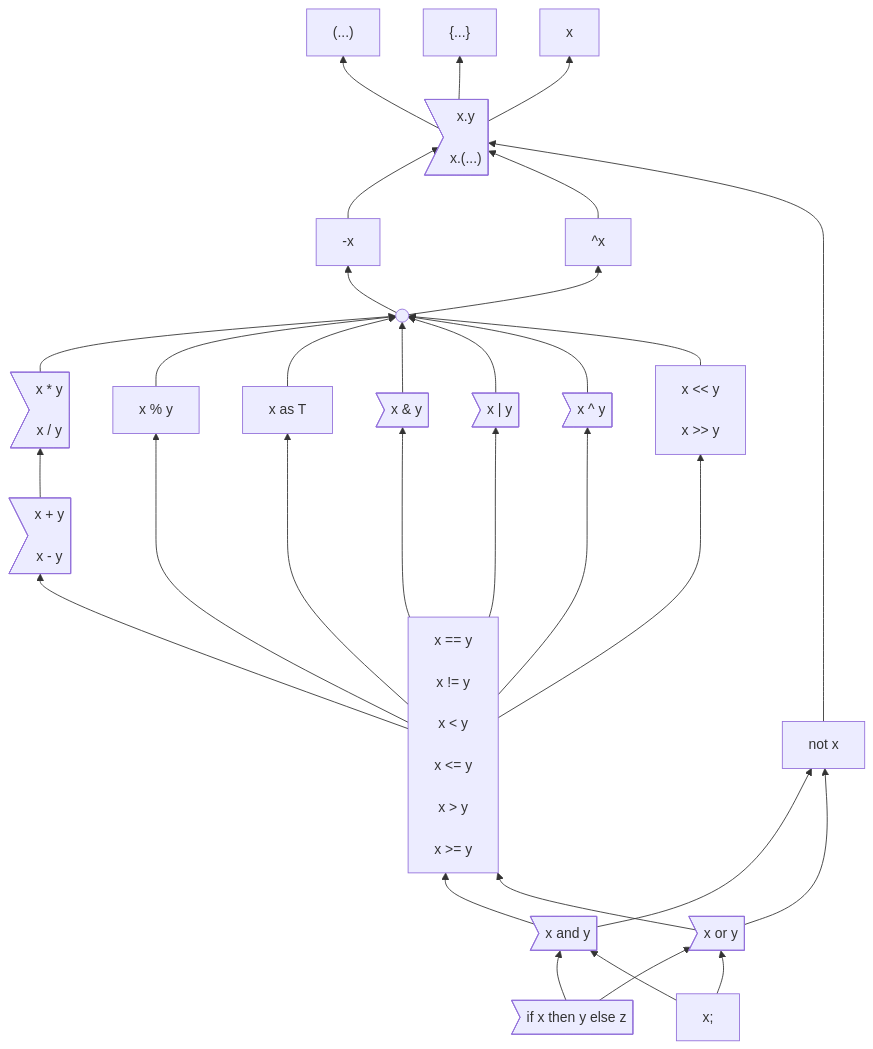
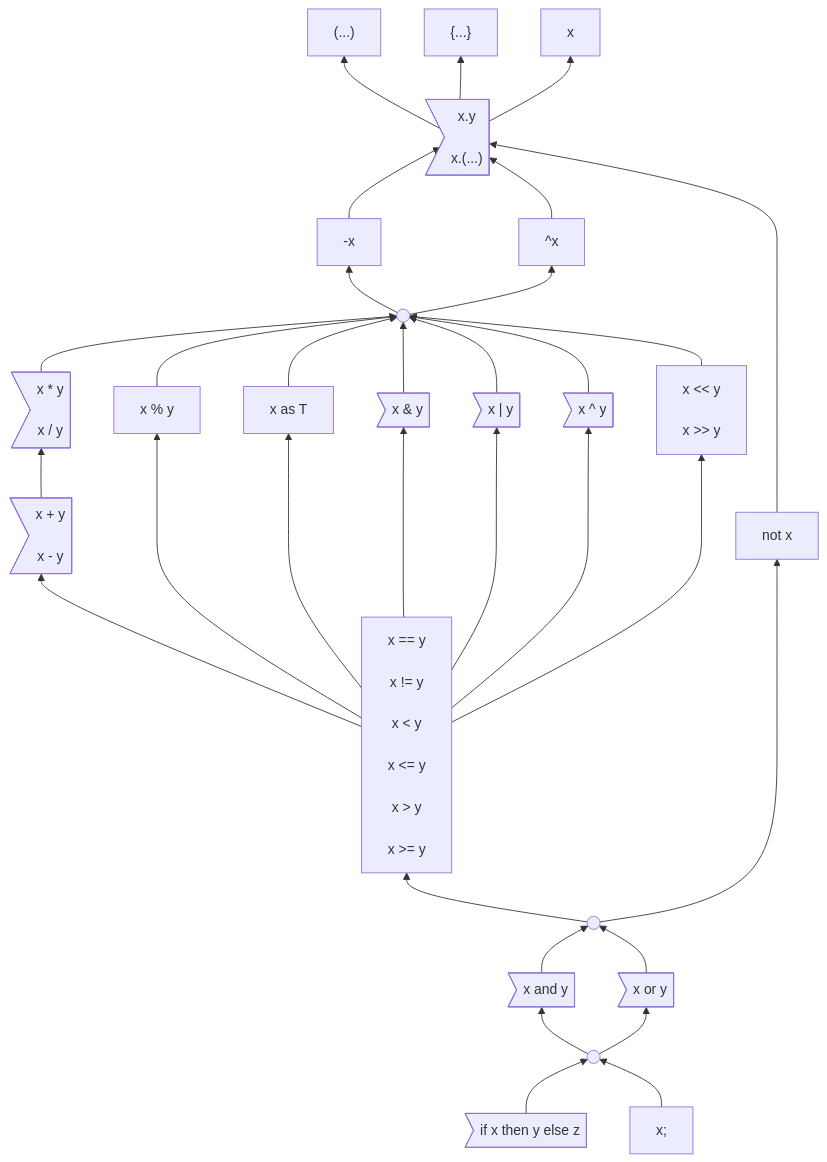
One commit to carbon-language/carbon-lang changed the first of 2 diagrams in docs/design/expressions/README.md. Above: the diagram before and after it, drawn with Mermaid. The commit also changed other lines of this file, not shown here.

Commit message:
Define what empty circles mean in a precedence graph and use more of them.

````diff
--- a/docs/design/expressions/README.md
+++ b/docs/design/expressions/README.md
@@ -108,11 +108,15 @@
     not["not x"]
     click not "https://github.com/carbon-language/carbon-lang/blob/trunk/docs/design/expressions/logical_operators.md"
 
+    logicalOperand((" "))
+
     and>"x and y"]
     click and "https://github.com/carbon-language/carbon-lang/blob/trunk/docs/design/expressions/logical_operators.md"
 
     or>"x or y"]
     click or "https://github.com/carbon-language/carbon-lang/blob/trunk/docs/design/expressions/logical_operators.md"
+
+    logicalExpression((" "))
 
     if>"if x then y else z"]
     click if "https://github.com/carbon-language/carbon-lang/blob/trunk/docs/design/expressions/if.md"
@@ -128,6 +132,8 @@
     multiplication & modulo & as & bitwise_and & bitwise_or & bitwise_xor & shift --> unary
     addition --> multiplication
     comparison --> modulo & addition & as & bitwise_and & bitwise_or & bitwise_xor & shift
-    and & or --> comparison & not
-    if & expressionEnd --> and & or
+    logicalOperand --> comparison & not
+    and & or --> logicalOperand
+    logicalExpression --> and & or
+    if & expressionEnd --> logicalExpression
 ```
````
